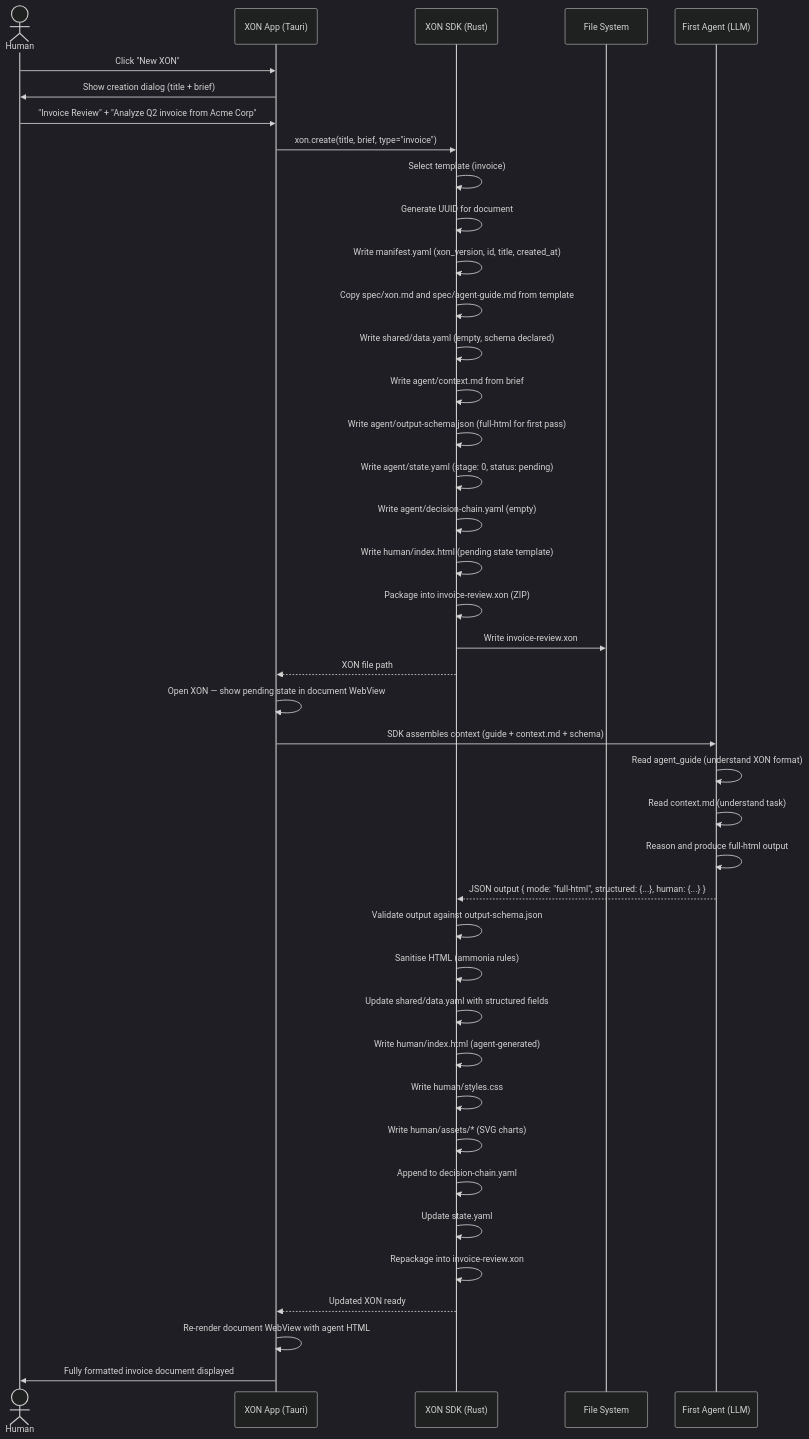
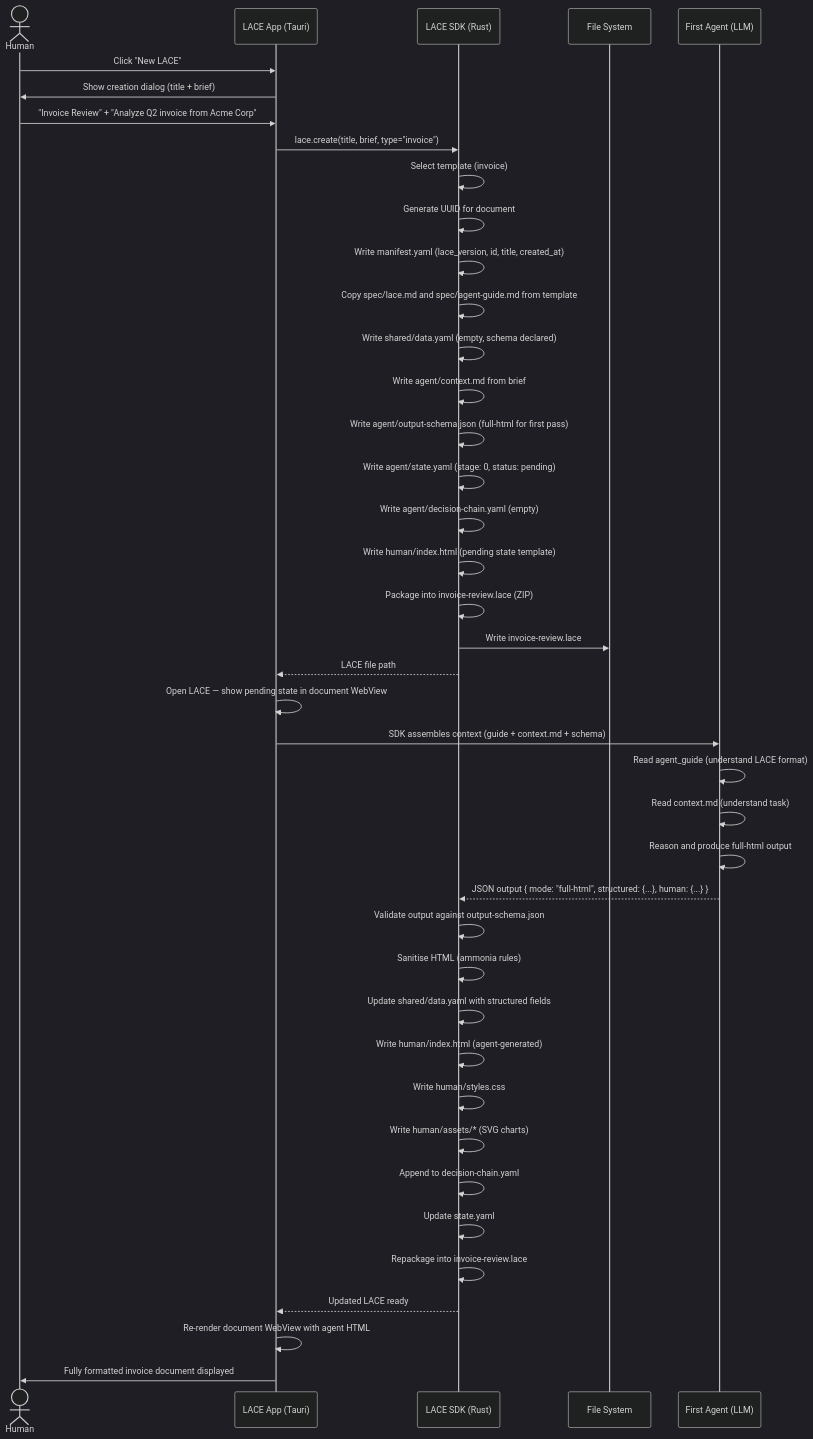
Before and after one commit to batunii/napkin-os: the first of 8 diagrams in SEQUENCE-DIAGRAMS.md, drawn with Mermaid (dark theme). The commit also changed other lines of this file and 7 other files, not shown here.

First line of the commit message:
Rename XON → LACE throughout

````diff
--- a/SEQUENCE-DIAGRAMS.md
+++ b/SEQUENCE-DIAGRAMS.md
@@ -11,52 +11,52 @@
 ```mermaid
 sequenceDiagram
     actor Human
-    participant App as XON App (Tauri)
-    participant SDK as XON SDK (Rust)
+    participant App as LACE App (Tauri)
+    participant SDK as LACE SDK (Rust)
     participant FS as File System
     participant Agent as First Agent (LLM)
 
-    Human->>App: Click "New XON"
+    Human->>App: Click "New LACE"
     App->>Human: Show creation dialog (title + brief)
     Human->>App: "Invoice Review" + "Analyze Q2 invoice from Acme Corp"
 
-    App->>SDK: xon.create(title, brief, type="invoice")
+    App->>SDK: lace.create(title, brief, type="invoice")
 
     SDK->>SDK: Select template (invoice)
     SDK->>SDK: Generate UUID for document
-    SDK->>SDK: Write manifest.yaml (xon_version, id, title, created_at)
-    SDK->>SDK: Copy spec/xon.md and spec/agent-guide.md from template
+    SDK->>SDK: Write manifest.yaml (lace_version, id, title, created_at)
+    SDK->>SDK: Copy spec/lace.md and spec/agent-guide.md from template
     SDK->>SDK: Write shared/data.yaml (empty, schema declared)
     SDK->>SDK: Write agent/context.md from brief
     SDK->>SDK: Write agent/output-schema.json (full-html for first pass)
     SDK->>SDK: Write agent/state.yaml (stage: 0, status: pending)
     SDK->>SDK: Write agent/decision-chain.yaml (empty)
     SDK->>SDK: Write human/index.html (pending state template)
-    SDK->>SDK: Package into invoice-review.xon (ZIP)
+    SDK->>SDK: Package into invoice-review.lace (ZIP)
 
-    SDK->>FS: Write invoice-review.xon
-    SDK-->>App: XON file path
+    SDK->>FS: Write invoice-review.lace
+    SDK-->>App: LACE file path
 
-    App->>App: Open XON — show pending state in document WebView
+    App->>App: Open LACE — show pending state in document WebView
     App->>Agent: SDK assembles context (guide + context.md + schema)
 
-    Agent->>Agent: Read agent_guide (understand XON format)
+    Agent->>Agent: Read agent_guide (understand LACE format)
     Agent->>Agent: Read context.md (understand task)
     Agent->>Agent: Reason and produce full-html output
 
     Agent-->>SDK: JSON output { mode: "full-html", structured: {...}, human: {...} }
 
     SDK->>SDK: Validate output against output-schema.json
     SDK->>SDK: Sanitise HTML (ammonia rules)
     SDK->>SDK: Update shared/data.yaml with structured fields
     SDK->>SDK: Write human/index.html (agent-generated)
     SDK->>SDK: Write human/styles.css
     SDK->>SDK: Write human/assets/* (SVG charts)
     SDK->>SDK: Append to decision-chain.yaml
     SDK->>SDK: Update state.yaml
-    SDK->>SDK: Repackage into invoice-review.xon
+    SDK->>SDK: Repackage into invoice-review.lace
 
-    SDK-->>App: Updated XON ready
+    SDK-->>App: Updated LACE ready
     App->>App: Re-render document WebView with agent HTML
     App->>Human: Fully formatted invoice document displayed
 ```
````
